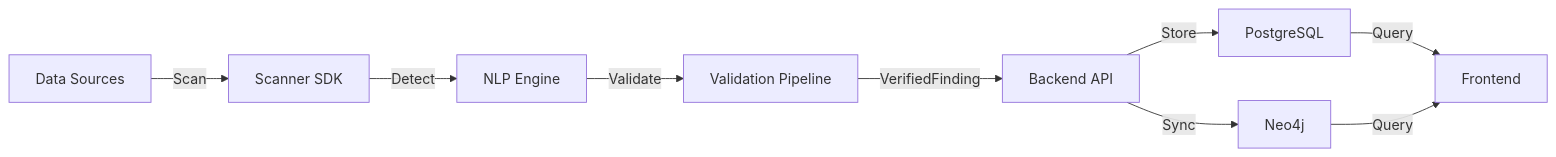
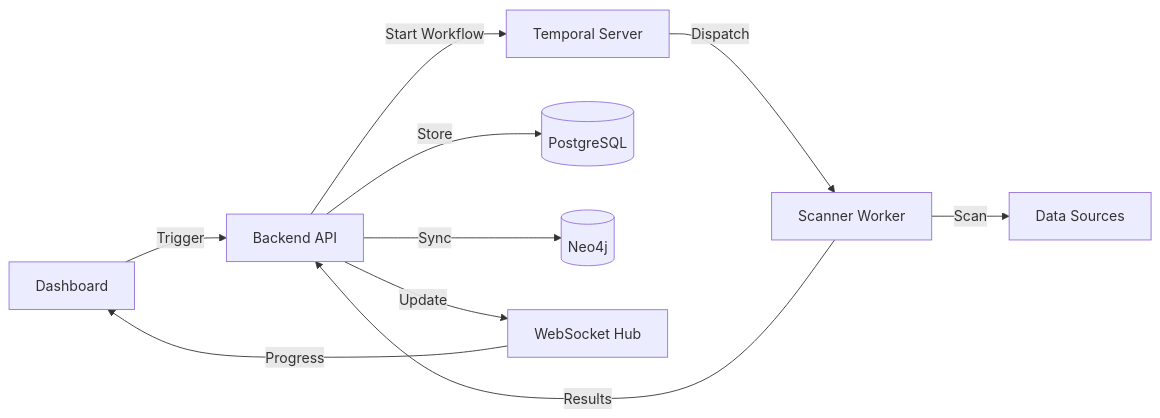
One commit to bharat-parihar/ARC-Hawk changed the diagram in docs/architecture/ARCHITECTURE.md. Above: the diagram before and after it, drawn with Mermaid. The commit also changed other lines of this file and 173 other files, not shown here.

````diff
--- a/docs/architecture/ARCHITECTURE.md
+++ b/docs/architecture/ARCHITECTURE.md
@@ -288,11 +70,12 @@
 ```mermaid
 graph LR
-    A[Data Sources] -->|Scan| B[Scanner SDK]
-    B -->|Detect| C[NLP Engine]
-    C -->|Validate| D[Validation Pipeline]
-    D -->|VerifiedFinding| E[Backend API]
-    E -->|Store| F[PostgreSQL]
-    E -->|Sync| G[Neo4j]
-    F -->|Query| H[Frontend]
-    G -->|Query| H
+    User[Dashboard] -->|Trigger| API[Backend API]
+    API -->|Start Workflow| Temporal[Temporal Server]
+    Temporal -->|Dispatch| Worker[Scanner Worker]
+    Worker -->|Scan| Sources[Data Sources]
+    Worker -->|Results| API
+    API -->|Store| PG[(PostgreSQL)]
+    API -->|Sync| Neo4j[(Neo4j)]
+    API -->|Update| WS[WebSocket Hub]
+    WS -->|Progress| User
 ```
````
